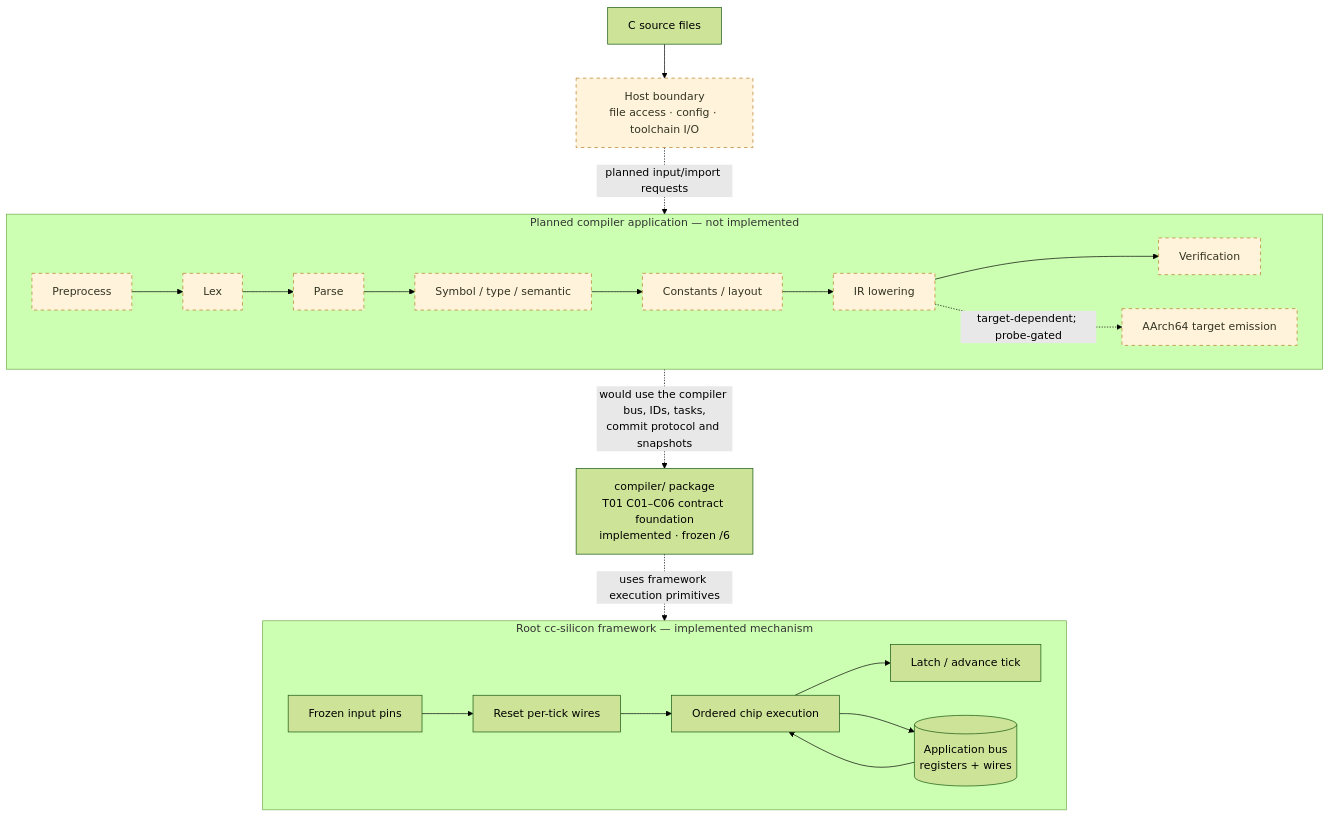
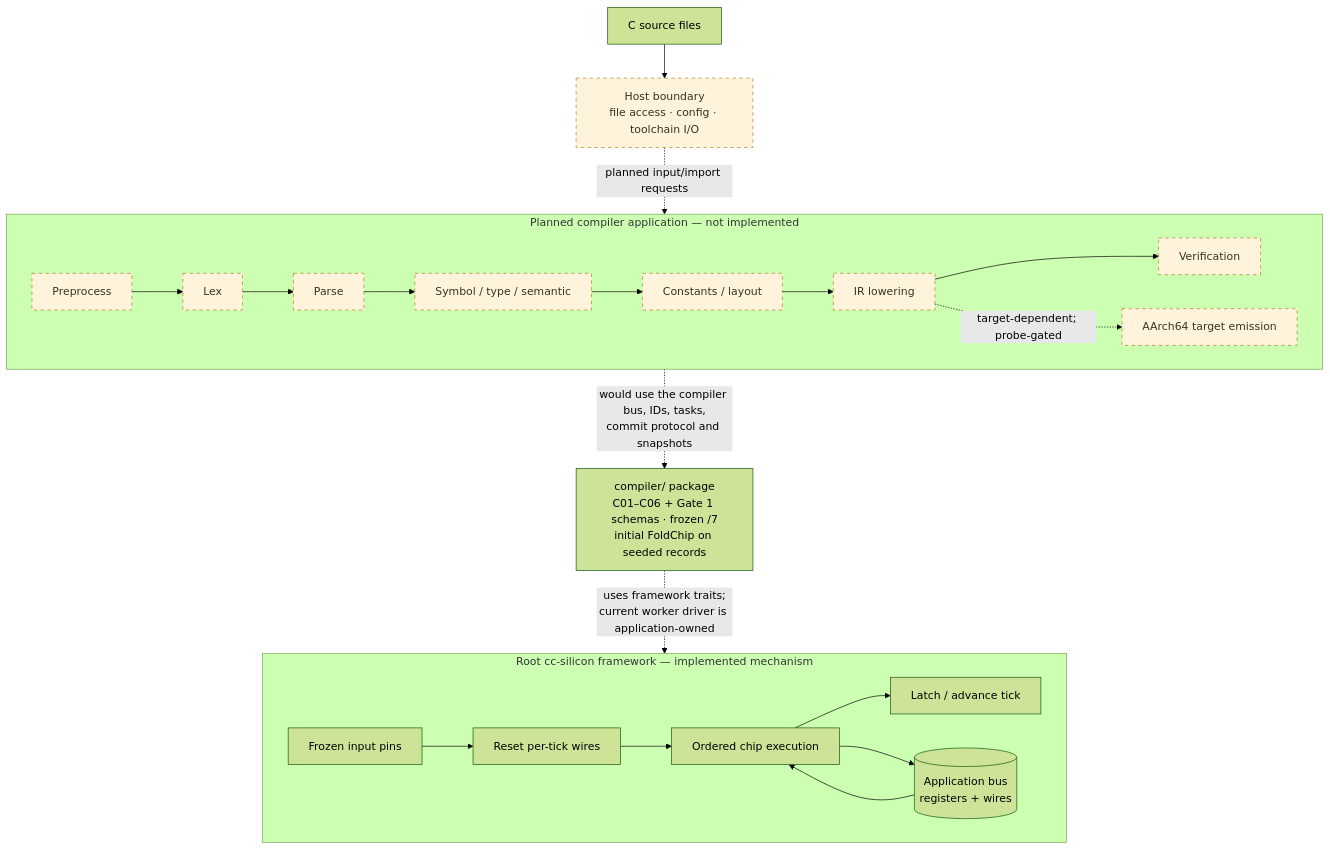
Before and after one commit to immane/cc-silicon: the first of 2 diagrams in README.md, drawn with Mermaid (forest theme). The commit also changed other lines of this file, not shown here.

First line of the commit message:
docs: enrich README with silicon mental model and current system status

````diff
--- a/README.md
+++ b/README.md
@@ -35,28 +130,28 @@
 ```mermaid
 flowchart TB
     SRC["C source files"] --> HOST["Host boundary<br/>file access · config · toolchain I/O"]
     HOST -. "planned input/import requests" .-> PIPE
 
     subgraph PIPE["Planned compiler application — not implemented"]
         direction LR
         PP["Preprocess"] --> LEX["Lex"] --> PARSE["Parse"] --> SEM["Symbol / type / semantic"]
         SEM --> CONST["Constants / layout"] --> IR["IR lowering"] --> VERIFY["Verification"]
         IR -. "target-dependent; probe-gated" .-> TARGET["AArch64 target emission"]
     end
 
-    FOUNDATION["compiler/ package<br/>T01 C01–C06 contract foundation<br/>implemented · frozen /6"]
+    FOUNDATION["compiler/ package<br/>C01–C06 + Gate 1 schemas · frozen /7<br/>initial FoldChip on seeded records"]
     PIPE -. "would use the compiler bus, IDs, tasks,<br/>commit protocol and snapshots" .-> FOUNDATION
 
     subgraph RUNTIME["Root cc-silicon framework — implemented mechanism"]
         direction LR
         PINS["Frozen input pins"] --> RESET["Reset per-tick wires"] --> CHIPS["Ordered chip execution"]
         CHIPS --> LATCH["Latch / advance tick"]
         BUS[("Application bus<br/>registers + wires")]
         BUS --> CHIPS
         CHIPS --> BUS
     end
-    FOUNDATION -. "uses framework execution primitives" .-> RUNTIME
+    FOUNDATION -. "uses framework traits;<br/>current worker driver is application-owned" .-> RUNTIME
 
     classDef planned fill:#fff4db,stroke:#b7791f,stroke-dasharray:5 5,color:#332;
     class PP,LEX,PARSE,SEM,CONST,IR,VERIFY,TARGET,HOST planned;
 ```
````
